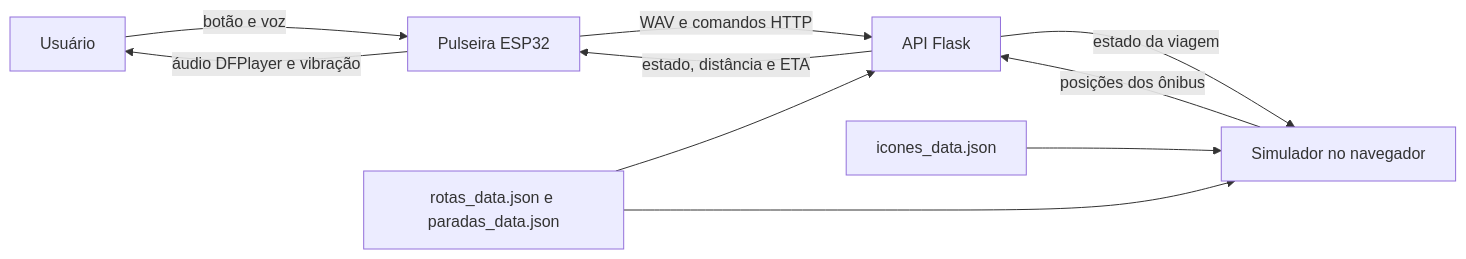
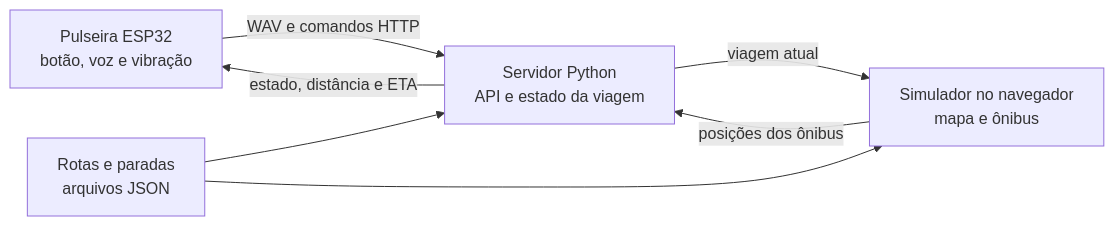
One commit to iury-igd1/2202_SmartWay changed the diagram in README.md. Above: the diagram before and after it, drawn with Mermaid. The commit also changed other lines of this file and 3 other files, not shown here.

````diff
--- a/README.md
+++ b/README.md
@@ -28,12 +58,9 @@
 ```mermaid
 flowchart LR
-    U[Usuário] -->|botão e voz| E[Pulseira ESP32]
-    E -->|WAV e comandos HTTP| A[API Flask]
-    A -->|estado, distância e ETA| E
-    S[Simulador no navegador] -->|posições dos ônibus| A
-    A -->|estado da viagem| S
-    R[rotas_data.json e paradas_data.json] --> A
-    R --> S
-    I[icones_data.json] --> S
-    E -->|áudio DFPlayer e vibração| U
+    P["Pulseira ESP32<br/>botão, voz e vibração"] -->|"WAV e comandos HTTP"| A["Servidor Python<br/>API e estado da viagem"]
+    A -->|"estado, distância e ETA"| P
+    S["Simulador no navegador<br/>mapa e ônibus"] -->|"posições dos ônibus"| A
+    A -->|"viagem atual"| S
+    D["Rotas e paradas<br/>arquivos JSON"] --> A
+    D --> S
 ```
````
